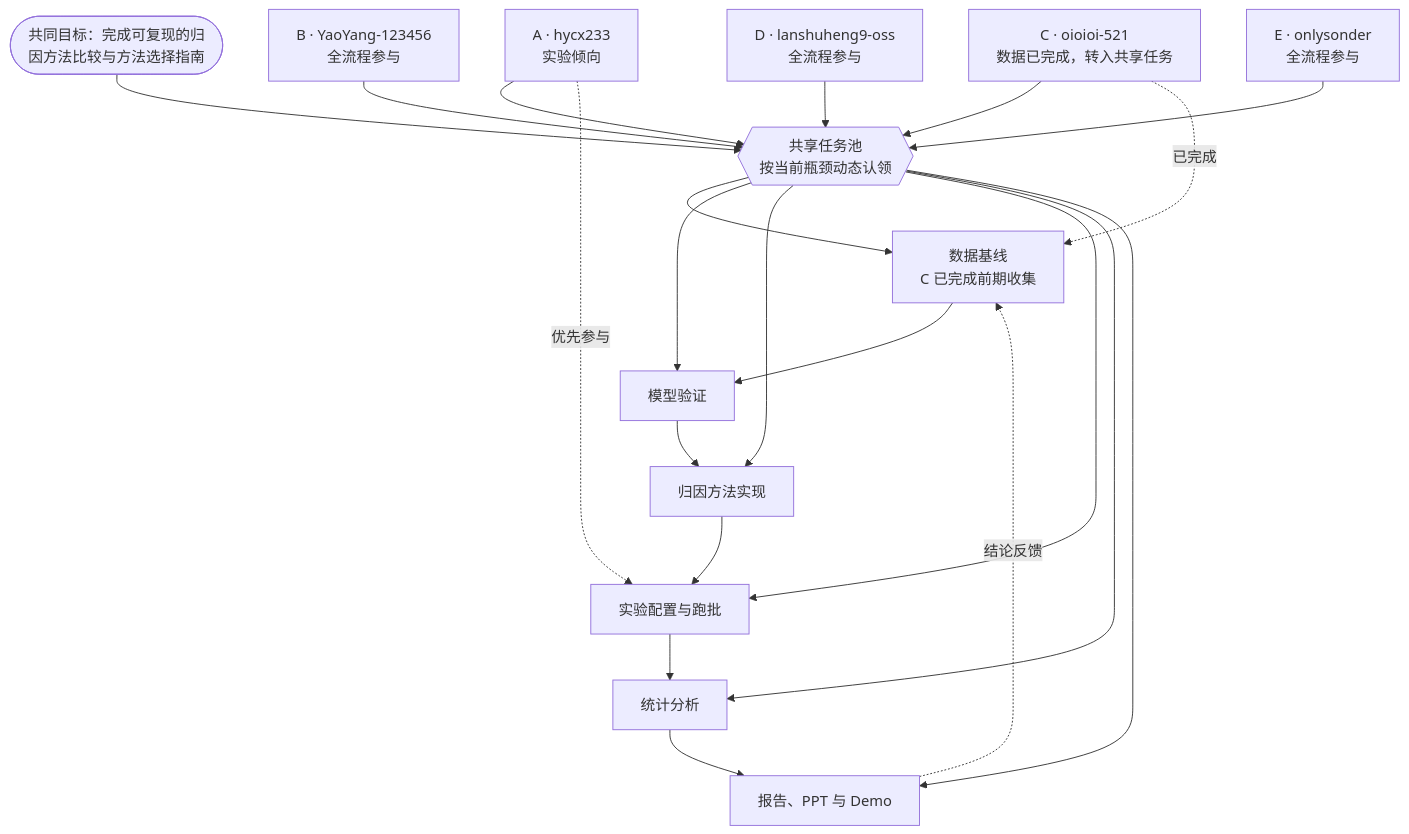
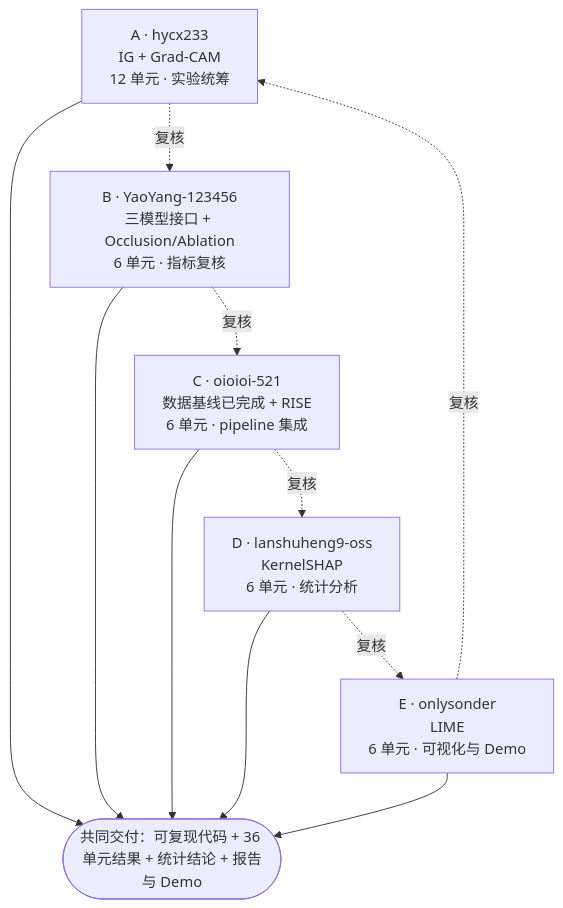
Before and after one commit to oioioi-521/GO3-XAI01-04: the diagram in docs/TEAM_AND_ROADMAP.md, drawn with Mermaid. The commit also changed other lines of this file and 2 other files, not shown here.

````diff
--- a/docs/TEAM_AND_ROADMAP.md
+++ b/docs/TEAM_AND_ROADMAP.md
@@ -14,37 +9,22 @@
 ```mermaid
 flowchart TB
-    GOAL([共同目标：完成可复现的归因方法比较与方法选择指南])
-    POOL{{共享任务池<br/>按当前瓶颈动态认领}}
+    GOAL([共同交付：可复现代码 + 36 单元结果 + 统计结论 + 报告与 Demo])
 
-    DATA[数据基线<br/>C 已完成前期收集]
-    MODEL[模型验证]
-    ATTR[归因方法实现]
-    RUN[实验配置与跑批]
-    ANALYSIS[统计分析]
-    DELIVERY[报告、PPT 与 Demo]
+    A[A · hycx233<br/>IG + Grad-CAM<br/>12 单元 · 实验统筹]
+    B[B · YaoYang-123456<br/>三模型接口 + Occlusion/Ablation<br/>6 单元 · 指标复核]
+    C[C · oioioi-521<br/>数据基线已完成 + RISE<br/>6 单元 · pipeline 集成]
+    D[D · lanshuheng9-oss<br/>KernelSHAP<br/>6 单元 · 统计分析]
+    E[E · onlysonder<br/>LIME<br/>6 单元 · 可视化与 Demo]
 
-    A[A · hycx233<br/>实验倾向]
-    B[B · YaoYang-123456<br/>全流程参与]
-    C[C · oioioi-521<br/>数据已完成，转入共享任务]
-    D[D · lanshuheng9-oss<br/>全流程参与]
-    E[E · onlysonder<br/>全流程参与]
+    A --> GOAL
+    B --> GOAL
+    C --> GOAL
+    D --> GOAL
+    E --> GOAL
 
-    GOAL --> POOL
-    DATA --> MODEL --> ATTR --> RUN --> ANALYSIS --> DELIVERY
-    DELIVERY -. 结论反馈 .-> DATA
-    POOL --> DATA
-    POOL --> MODEL
-    POOL --> ATTR
-    POOL --> RUN
-    POOL --> ANALYSIS
-    POOL --> DELIVERY
-
-    A --> POOL
-    B --> POOL
-    C --> POOL
-    D --> POOL
-    E --> POOL
-
-    A -. 优先参与 .-> RUN
-    C -. 已完成 .-> DATA
+    A -. 复核 .-> B
+    B -. 复核 .-> C
+    C -. 复核 .-> D
+    D -. 复核 .-> E
+    E -. 复核 .-> A
 ```
````
